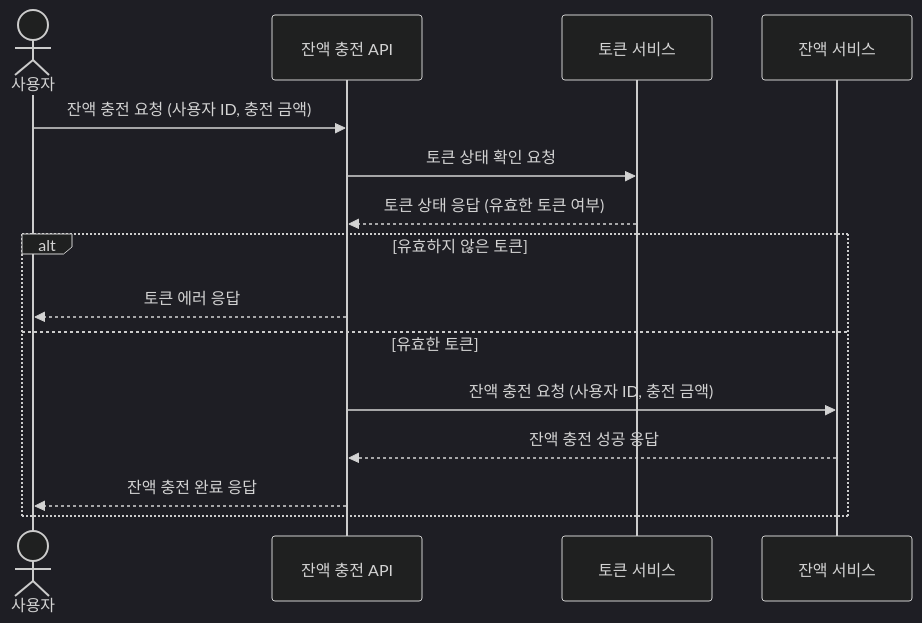
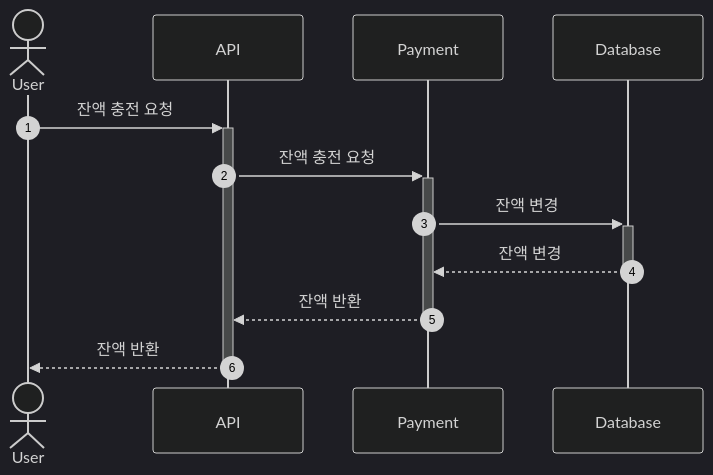
One commit to Kook-s/Concert changed the fifth of 7 diagrams in doc/sequence.md. Above: the diagram before and after it, drawn with Mermaid (dark theme). The commit also changed other lines of this file and 2 other files, not shown here.

````diff
--- a/doc/sequence.md
+++ b/doc/sequence.md
@@ -143,20 +98,16 @@
-```mermaid
+``` mermaid
 sequenceDiagram
-    actor Client as 사용자
-    participant API as 잔액 충전 API
-    participant Token as 토큰 서비스
-    participant Balance as 잔액 서비스
+	autonumber
 	
-    Client ->> API: 잔액 충전 요청 (사용자 ID, 충전 금액)
-    API ->> Token: 토큰 상태 확인 요청
-    Token -->> API: 토큰 상태 응답 (유효한 토큰 여부)
-
-    alt 유효하지 않은 토큰
-        API -->> Client: 토큰 에러 응답
-    else 유효한 토큰    
-        API ->> Balance: 잔액 충전 요청 (사용자 ID, 충전 금액)
-        Balance -->> API: 잔액 충전 성공 응답
-        API -->> Client: 잔액 충전 완료 응답
-    end
-
+	actor User
+	participant API
+	participant Payment
+	participant Database
+	
+	User ->> +API: 잔액 충전 요청
+	API ->> +Payment: 잔액 충전 요청
+	Payment ->> +Database: 잔액 변경
+	Database -->> -Payment: 잔액 변경
+	Payment -->> -API: 잔액 반환
+	API -->> -User: 잔액 반환
 ```
````
